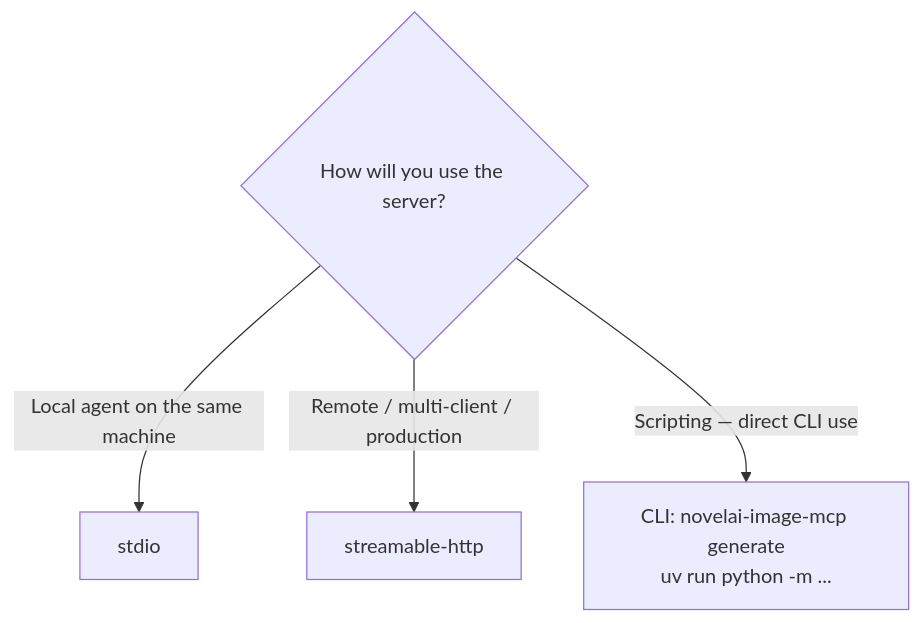
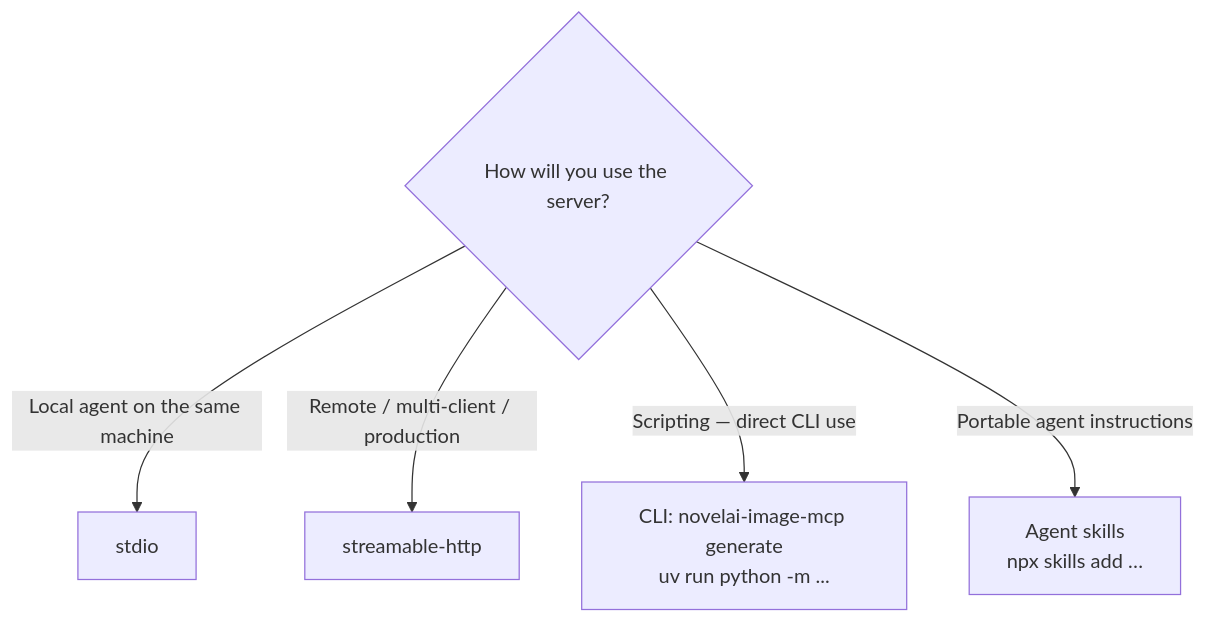
Before and after one commit to xinvxueyuan/NovelAI-Image-MCP: the diagram in apps/docs/source/transports/index.md, drawn with Mermaid. The commit also changed other lines of this file and 8 other files, not shown here.

Commit message:
📝 docs(skills): add agent skills documentation pages and links

````diff
--- a/apps/docs/source/transports/index.md
+++ b/apps/docs/source/transports/index.md
@@ -13,7 +13,8 @@
 ```{mermaid}
 graph TD
     Q{How will you use the server?}
     Q -->|Local agent on the same machine| A[stdio]
     Q -->|Remote / multi-client / production| B[streamable-http]
     Q -->|Scripting — direct CLI use| C[CLI: novelai-image-mcp generate<br/>uv run python -m ...]
+    Q -->|Portable agent instructions| D[Agent skills<br/>npx skills add …]
 ```
````
